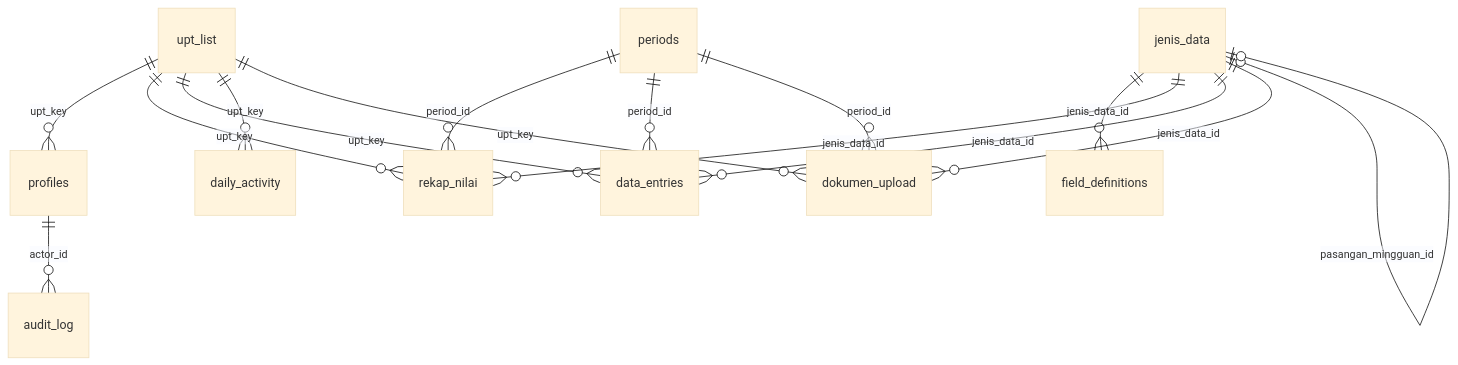
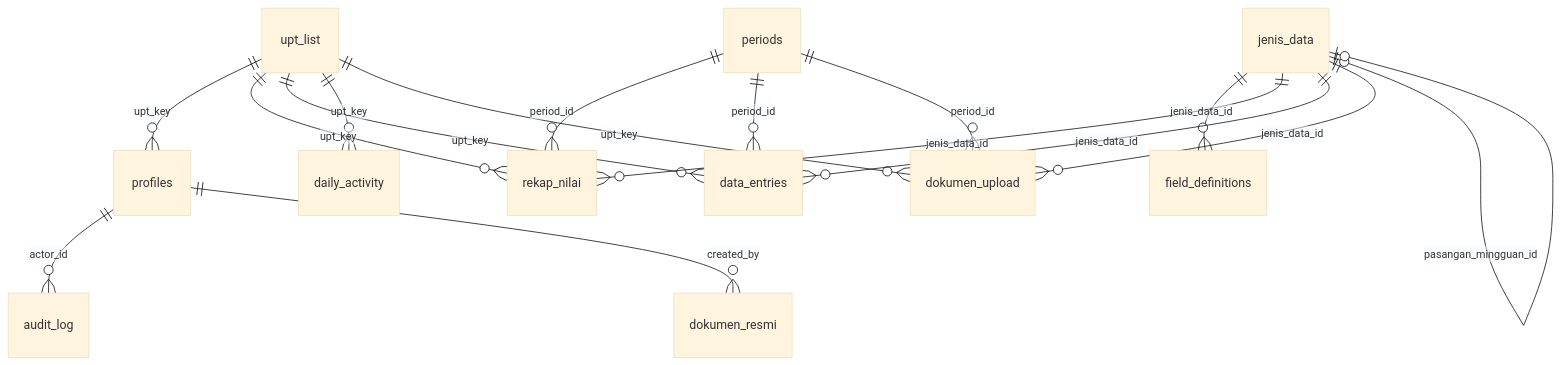
Before and after one commit to hoseaimanuell/puslatkp-hub: the diagram in docs/04-database.md, drawn with Mermaid (base theme). The commit also changed other lines of this file and 6 other files, not shown here.

````diff
--- a/docs/04-database.md
+++ b/docs/04-database.md
@@ -11,17 +11,18 @@
 ```mermaid
 erDiagram
   upt_list ||--o{ profiles : "upt_key"
   upt_list ||--o{ rekap_nilai : "upt_key"
   upt_list ||--o{ data_entries : "upt_key"
   upt_list ||--o{ daily_activity : "upt_key"
   upt_list ||--o{ dokumen_upload : "upt_key"
   jenis_data ||--o{ field_definitions : "jenis_data_id"
   jenis_data ||--o{ rekap_nilai : "jenis_data_id"
   jenis_data ||--o{ data_entries : "jenis_data_id"
   jenis_data ||--o{ dokumen_upload : "jenis_data_id"
   jenis_data |o--o| jenis_data : "pasangan_mingguan_id"
   periods ||--o{ rekap_nilai : "period_id"
   periods ||--o{ data_entries : "period_id"
   periods ||--o{ dokumen_upload : "period_id"
   profiles ||--o{ audit_log : "actor_id"
+  profiles ||--o{ dokumen_resmi : "created_by"
 ```
````
